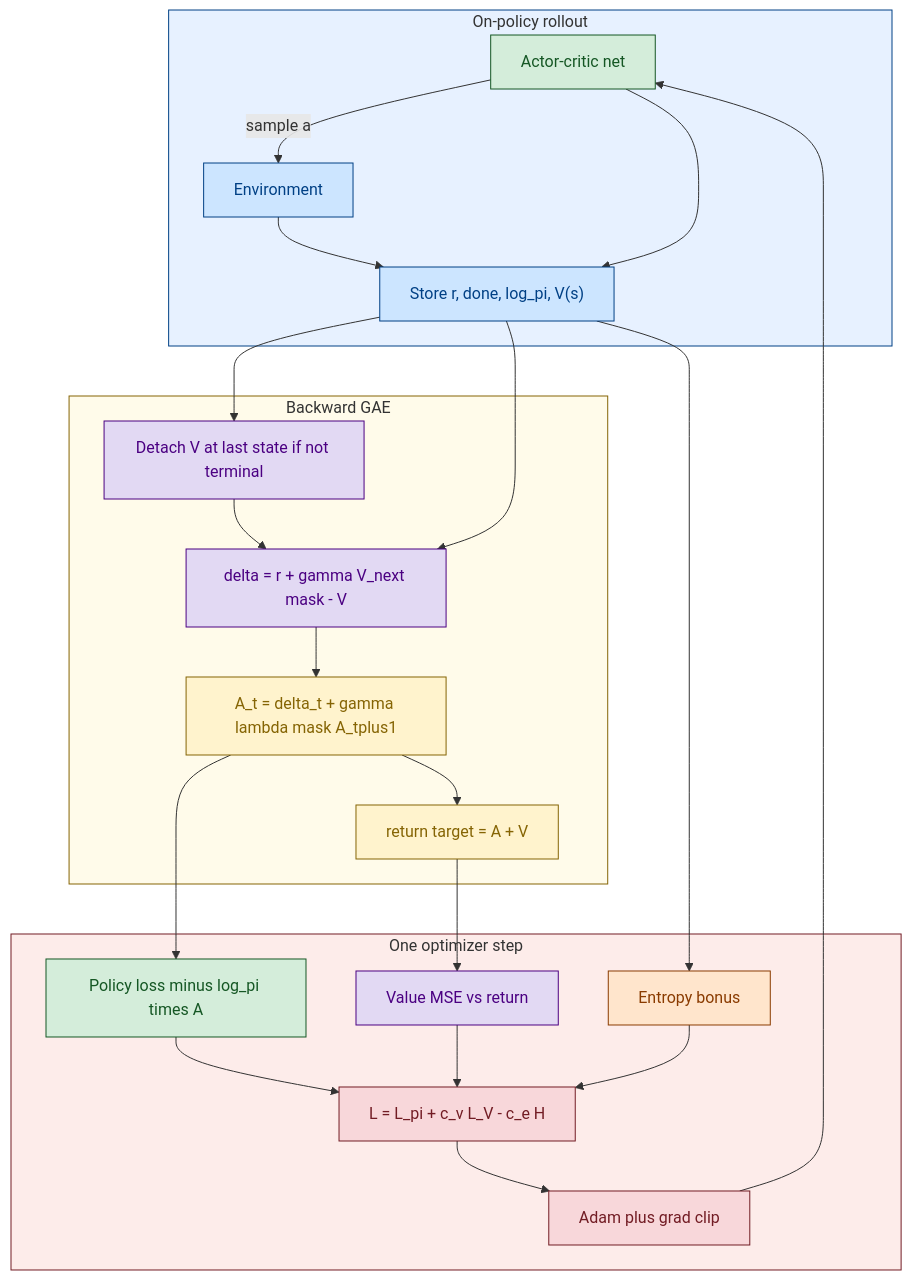
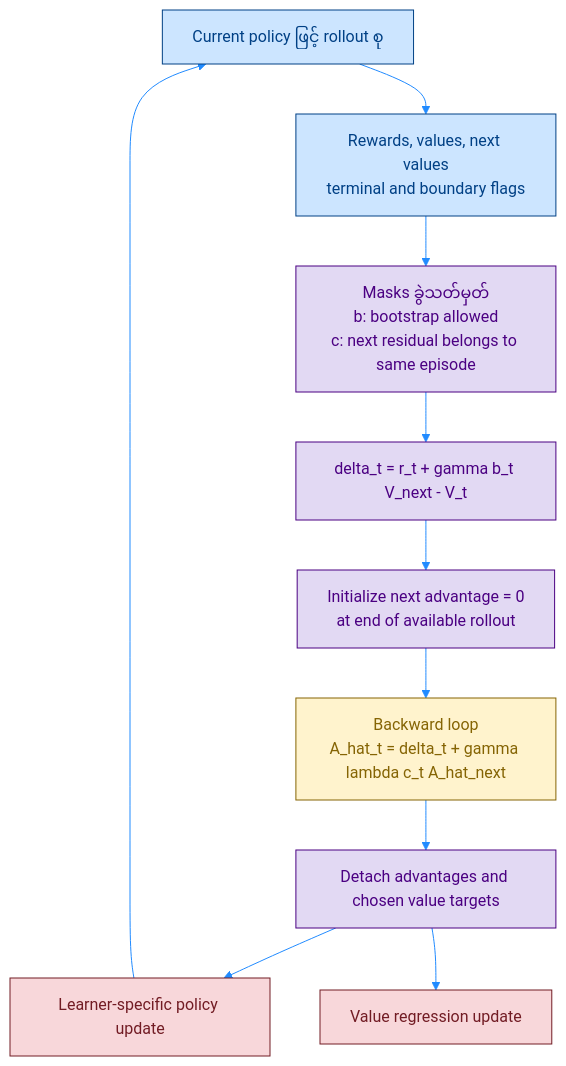
The third of 3 diagrams in Day81 RL python/02_Miguel Morales - Grokking Deep Reinforcement Learning/02_rl_with_dl/rom_photos/09_1_PB_GAE.md (Open-Source-Robotics-For-Myanmar/rl), drawn with Mermaid before and after one commit. The commit also changed other lines of this file and 5 other files, not shown here.

Commit message:
docs: organize paper and architecture notes in README

````diff
--- a/Day81 RL python/02_Miguel Morales - Grokking Deep Reinforcement Learning/02_rl_with_dl/rom_photos/09_1_PB_GAE.md
+++ b/Day81 RL python/02_Miguel Morales - Grokking Deep Reinforcement Learning/02_rl_with_dl/rom_photos/09_1_PB_GAE.md
@@ -167,47 +104,22 @@
 ```mermaid
+%%{init: {'theme': 'base', 'themeVariables': { 'primaryColor': '#ffffff', 'lineColor': '#218bff'}}}%%
 flowchart TD
-    subgraph Phase1["On-policy rollout"]
-        Net["Actor-critic net"]:::policy
-        Env["Environment"]:::shared
-        Buf["Store r, done, log_pi, V(s)"]:::shared
-        Net -->|"sample a"| Env
-        Env --> Buf
-        Net --> Buf
-    end
+    C["Current policy ဖြင့် rollout စု"] --> B["Rewards, values, next values<br/>terminal and boundary flags"]
+    B --> M["Masks ခွဲသတ်မှတ်<br/>b: bootstrap allowed<br/>c: next residual belongs to same episode"]
+    M --> D["delta_t = r_t + gamma b_t V_next - V_t"]
+    D --> I["Initialize next advantage = 0<br/>at end of available rollout"]
+    I --> G["Backward loop<br/>A_hat_t = delta_t + gamma lambda c_t A_hat_next"]
+    G --> T["Detach advantages and chosen value targets"]
+    T --> P["Learner-specific policy update"]
+    T --> V["Value regression update"]
+    P --> C
 
-    subgraph Phase2["Backward GAE"]
-        Boot["Detach V at last state if not terminal"]:::value
-        Del["delta = r + gamma V_next mask - V"]:::value
-        Rec["A_t = delta_t + gamma lambda mask A_tplus1"]:::sample
-        Ret["return target = A + V"]:::sample
-        Boot --> Del --> Rec --> Ret
-        Buf --> Boot
-        Buf --> Del
-    end
-
-    subgraph Phase3["One optimizer step"]
-        PL["Policy loss minus log_pi times A"]:::policy
-        VL["Value MSE vs return"]:::value
-        H["Entropy bonus"]:::extra
-        L["L = L_pi + c_v L_V - c_e H"]:::train
-        Opt["Adam plus grad clip"]:::train
-        Rec --> PL
-        Ret --> VL
-        Buf --> H
-        PL --> L
-        VL --> L
-        H --> L
-        L --> Opt --> Net
-    end
-
-    classDef shared fill:#cce5ff,stroke:#004085,color:#004085
-    classDef policy fill:#d4edda,stroke:#155724,color:#155724
-    classDef sample fill:#fff3cd,stroke:#856404,color:#856404
-    classDef value fill:#e2d9f3,stroke:#4b0082,color:#4b0082
-    classDef train fill:#f8d7da,stroke:#721c24,color:#721c24
-    classDef extra fill:#ffe5cc,stroke:#8a3b00,color:#8a3b00
-
-    style Phase1 fill:#e7f1ff,stroke:#004085
-    style Phase2 fill:#fffbea,stroke:#856404
-    style Phase3 fill:#fdecea,stroke:#721c24
+    classDef data fill:#cce5ff,stroke:#004085,stroke-width:1px,color:#004085;
+    classDef advantage fill:#fff3cd,stroke:#856404,stroke-width:1px,color:#856404;
+    classDef target fill:#e2d9f3,stroke:#4b0082,stroke-width:1px,color:#4b0082;
+    classDef train fill:#f8d7da,stroke:#721c24,stroke-width:1px,color:#721c24;
+    class C,B data;
+    class G advantage;
+    class M,D,I,T target;
+    class P,V train;
 ```
````
